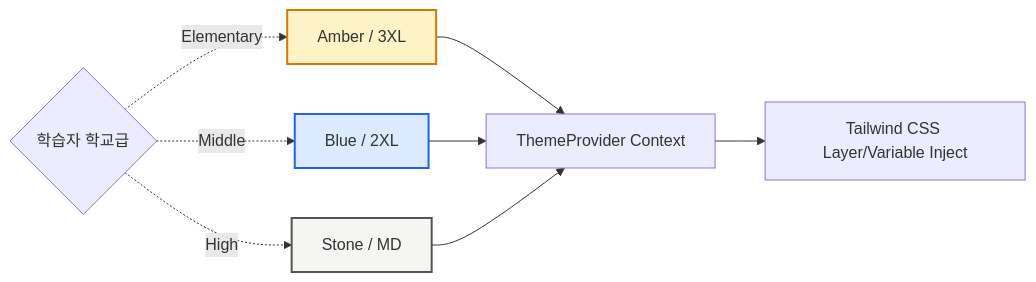
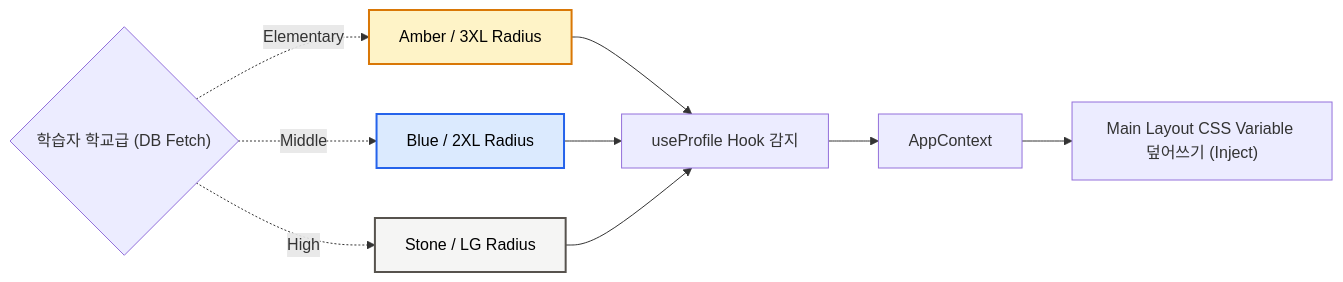
Before and after one commit to ll7098ll/prism: the diagram in docs/04_DESIGN_SYSTEM_SPEC.md, drawn with Mermaid. The commit also changed other lines of this file and 12 other files, not shown here.

````diff
--- a/docs/04_DESIGN_SYSTEM_SPEC.md
+++ b/docs/04_DESIGN_SYSTEM_SPEC.md
@@ -36,14 +38,15 @@
 ```mermaid
 graph LR
-    classDef elem fill:#fef3c7,stroke:#d97706,stroke-width:2px;
-    classDef mid fill:#dbeafe,stroke:#2563eb,stroke-width:2px;
-    classDef high fill:#f5f5f4,stroke:#57534e,stroke-width:2px;
+    classDef elem fill:#fef3c7,stroke:#d97706,stroke-width:2px,color:#000;
+    classDef mid fill:#dbeafe,stroke:#2563eb,stroke-width:2px,color:#000;
+    classDef high fill:#f5f5f4,stroke:#57534e,stroke-width:2px,color:#000;
     
-    UserLevel{"학습자 학교급"} 
-    UserLevel -.-> |"Elementary"| ThemeA["Amber / 3XL"]:::elem
-    UserLevel -.-> |"Middle"| ThemeB["Blue / 2XL"]:::mid
-    UserLevel -.-> |"High"| ThemeC["Stone / MD"]:::high
+    UserLevel{"학습자 학교급 (DB Fetch)"} 
+    UserLevel -.-> |"Elementary"| ThemeA["Amber / 3XL Radius"]:::elem
+    UserLevel -.-> |"Middle"| ThemeB["Blue / 2XL Radius"]:::mid
+    UserLevel -.-> |"High"| ThemeC["Stone / LG Radius"]:::high
     
-    ThemeA & ThemeB & ThemeC --> Provider[ThemeProvider Context]
-    Provider --> Output["Tailwind CSS Layer/Variable Inject"]
+    ThemeA & ThemeB & ThemeC --> Hook[useProfile Hook 감지]
+    Hook --> Provider[AppContext]
+    Provider --> Output["Main Layout CSS Variable 덮어쓰기 (Inject)"]
 ```
````
